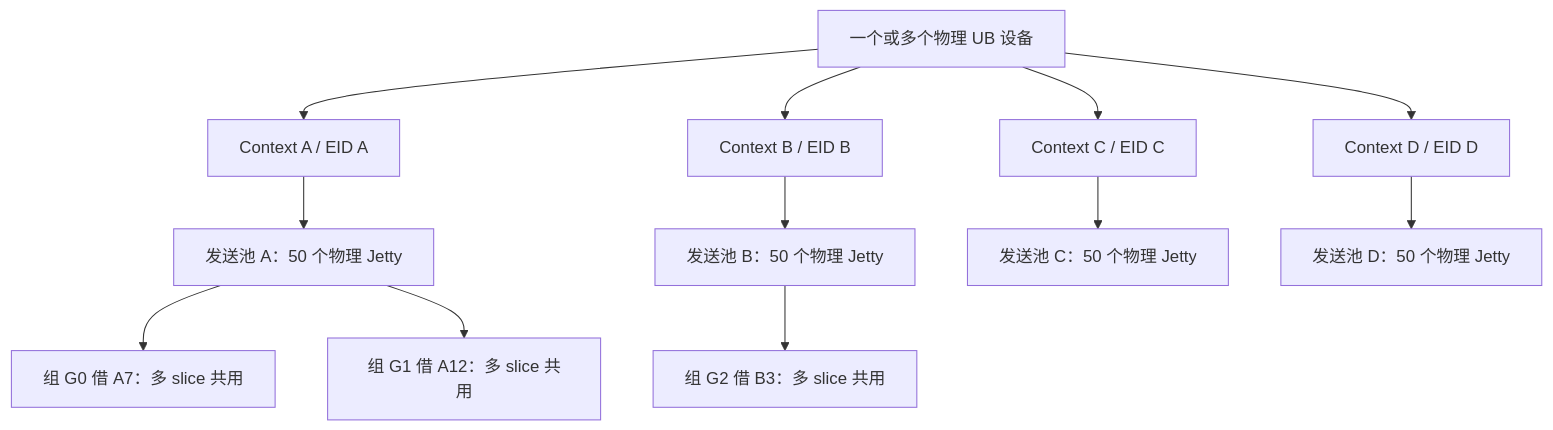
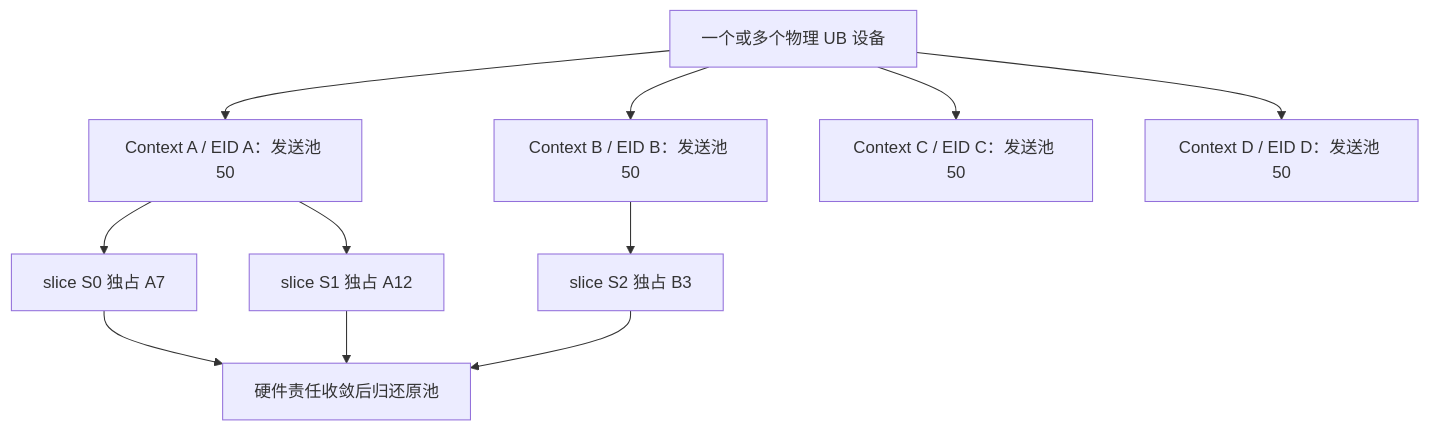
Before and after one commit to HangCong126/Supercache: the first of 8 diagrams in docs/analyze/tent-ub-rm-jetty-pool-design.md, drawn with Mermaid. The commit also changed other lines of this file, not shown here.

Commit message:
revise TENT RM jetty design for exclusive slice leases

````diff
--- a/docs/analyze/tent-ub-rm-jetty-pool-design.md
+++ b/docs/analyze/tent-ub-rm-jetty-pool-design.md
@@ -39,14 +41,13 @@
 ```mermaid
 flowchart TD
-    Device["一个或多个物理 UB 设备"] --> CA["Context A / EID A"]
-    Device --> CB["Context B / EID B"]
-    Device --> CC["Context C / EID C"]
-    Device --> CD["Context D / EID D"]
-    CA --> PA["发送池 A：50 个物理 Jetty"]
-    CB --> PB["发送池 B：50 个物理 Jetty"]
-    CC --> PC["发送池 C：50 个物理 Jetty"]
-    CD --> PD["发送池 D：50 个物理 Jetty"]
-    PA --> G0["组 G0 借 A7：多 slice 共用"]
-    PA --> G1["组 G1 借 A12：多 slice 共用"]
-    PB --> G2["组 G2 借 B3：多 slice 共用"]
+    Device["一个或多个物理 UB 设备"] --> A["Context A / EID A：发送池 50"]
+    Device --> B["Context B / EID B：发送池 50"]
+    Device --> C["Context C / EID C：发送池 50"]
+    Device --> D["Context D / EID D：发送池 50"]
+    A --> S0["slice S0 独占 A7"]
+    A --> S1["slice S1 独占 A12"]
+    B --> S2["slice S2 独占 B3"]
+    S0 --> Return["硬件责任收敛后归还原池"]
+    S1 --> Return
+    S2 --> Return
 ```
````
